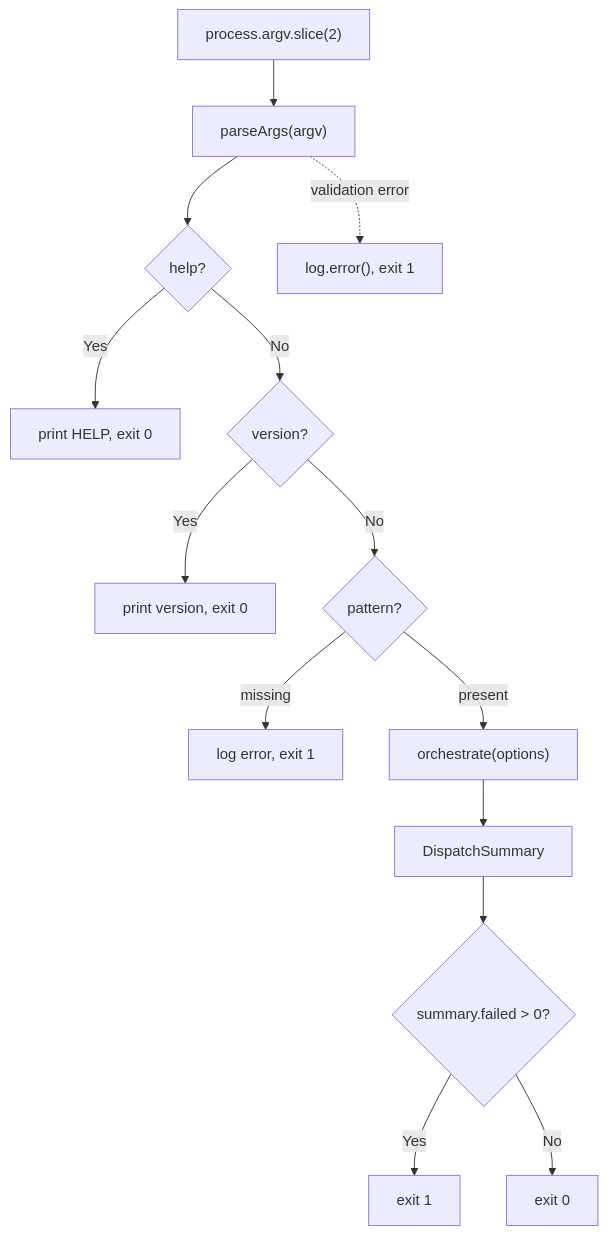
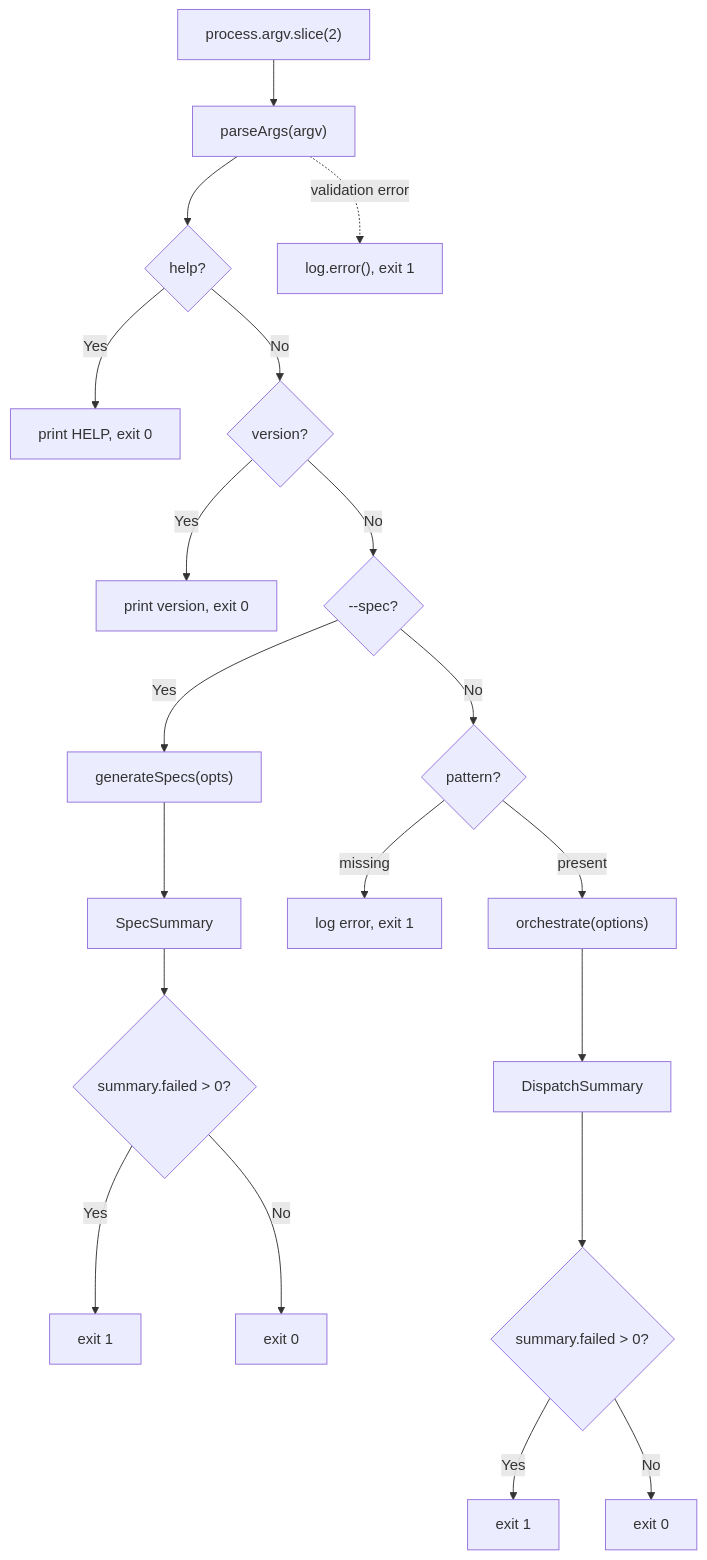
One commit to PatrickRuddiman/Dispatch changed the diagram in docs/cli-orchestration/cli.md. Above: the diagram before and after it, drawn with Mermaid. The commit also changed other lines of this file and 18 other files, not shown here.

````diff
--- a/docs/cli-orchestration/cli.md
+++ b/docs/cli-orchestration/cli.md
@@ -174,16 +211,22 @@
 ```mermaid
 flowchart TD
     A["process.argv.slice(2)"] --> B["parseArgs(argv)"]
     B --> C{help?}
     C -->|Yes| D["print HELP, exit 0"]
     C -->|No| E{version?}
     E -->|Yes| F["print version, exit 0"]
-    E -->|No| G{pattern?}
+    E -->|No| S{"--spec?"}
+    S -->|Yes| T["generateSpecs(opts)"]
+    T --> U["SpecSummary"]
+    U --> V{"summary.failed > 0?"}
+    V -->|Yes| W["exit 1"]
+    V -->|No| X["exit 0"]
+    S -->|No| G{pattern?}
     G -->|missing| H["log error, exit 1"]
     G -->|present| I["orchestrate(options)"]
     I --> J["DispatchSummary"]
     J --> K{"summary.failed > 0?"}
     K -->|Yes| L["exit 1"]
     K -->|No| M["exit 0"]
     B -.->|validation error| N["log.error(), exit 1"]
 ```
````
